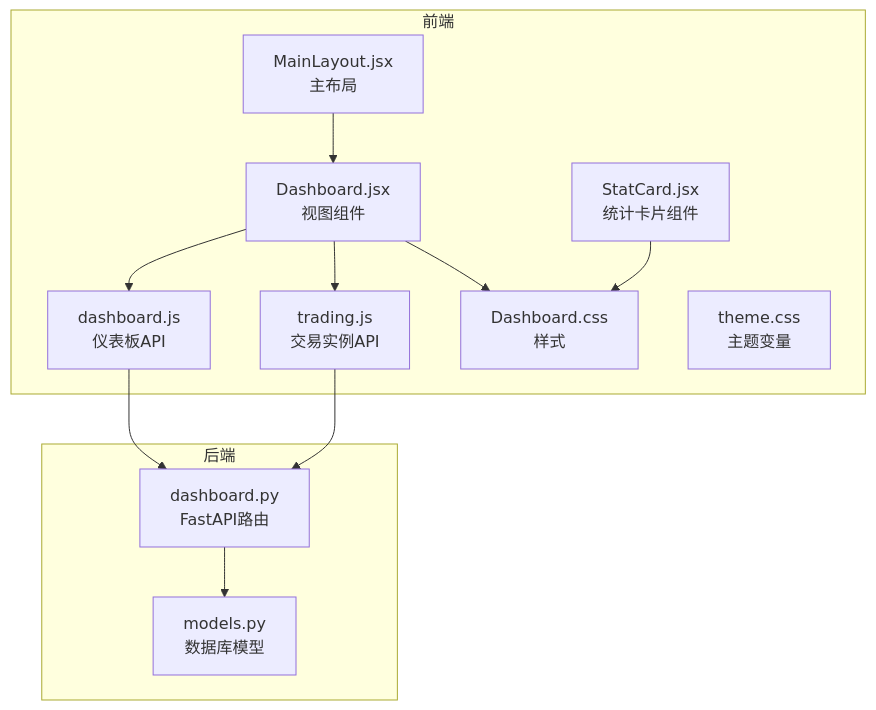
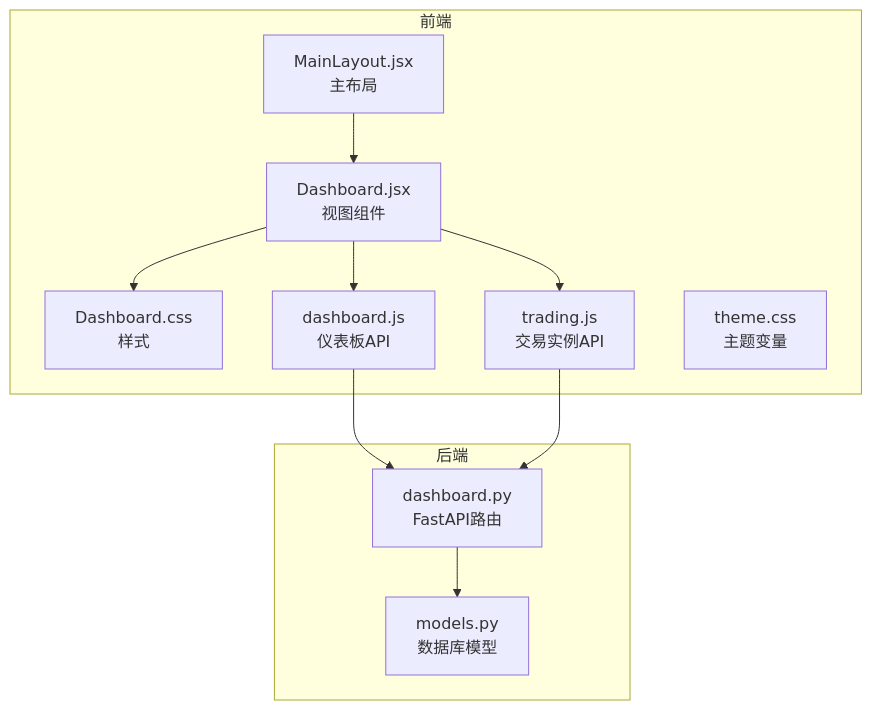
One commit to zyf266/ending changed the first of 6 diagrams in .qoder/repowiki/zh/content/可视化界面/仪表板界面.md. Above: the diagram before and after it, drawn with Mermaid. The commit also changed other lines of this file and 40 other files, not shown here.

````diff
--- a/.qoder/repowiki/zh/content/可视化界面/仪表板界面.md
+++ b/.qoder/repowiki/zh/content/可视化界面/仪表板界面.md
@@ -46,24 +43,22 @@
 ```mermaid
 graph TB
 subgraph "前端"
 V["Dashboard.jsx<br/>视图组件"]
 C["Dashboard.css<br/>样式"]
-SC["StatCard.jsx<br/>统计卡片组件"]
 API_D["dashboard.js<br/>仪表板API"]
 API_T["trading.js<br/>交易实例API"]
 L["MainLayout.jsx<br/>主布局"]
 T["theme.css<br/>主题变量"]
 end
 subgraph "后端"
 R["dashboard.py<br/>FastAPI路由"]
 M["models.py<br/>数据库模型"]
 end
 V --> API_D
 V --> API_T
 V --> C
-SC --> C
 L --> V
 API_D --> R
 API_T --> R
 R --> M
 ```
````
